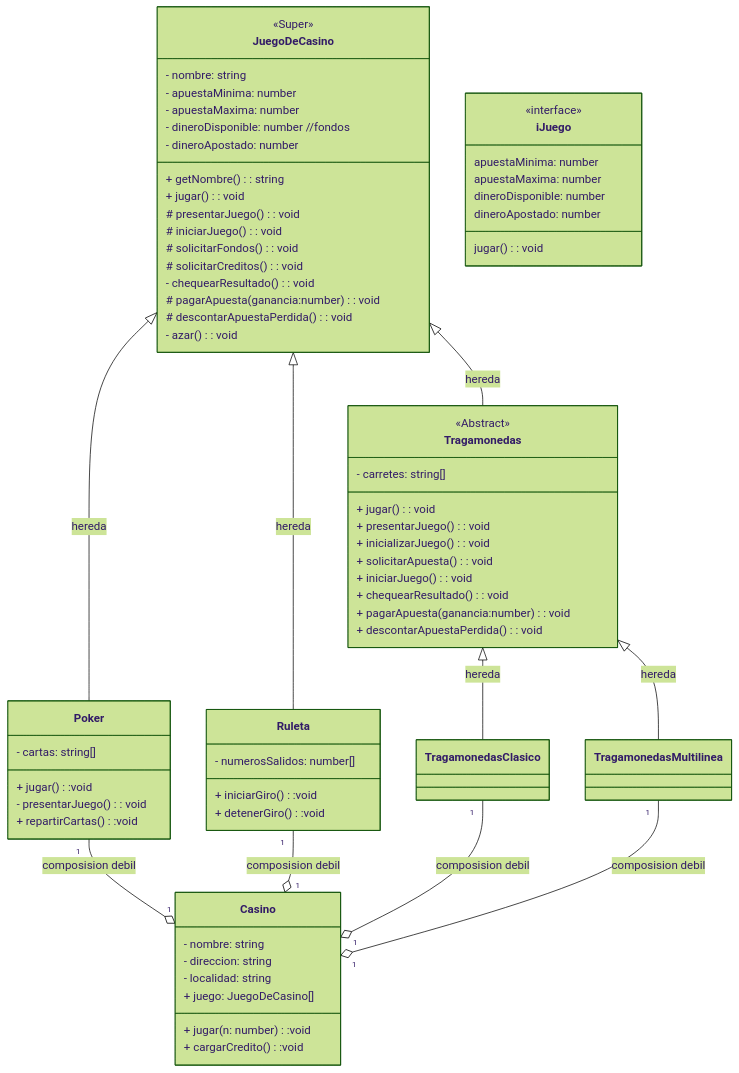
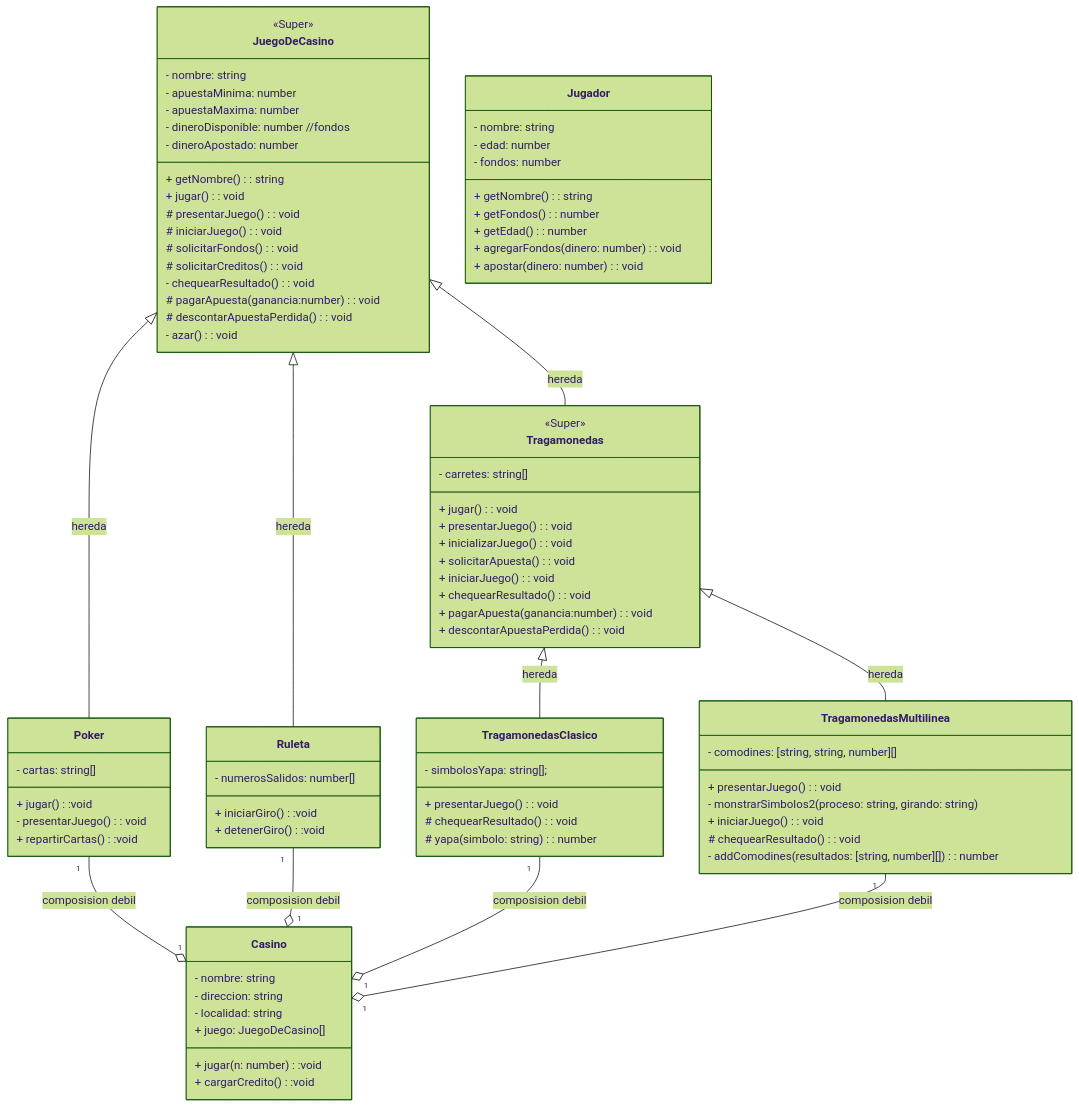
Before and after one commit to elMarito/POO-Casino: the diagram in README.md, drawn with Mermaid (forest theme). The commit also changed other lines of this file and 31 other files, not shown here.

````diff
--- a/README.md
+++ b/README.md
@@ -30,16 +30,12 @@
 
 %%Casino "0..n" o-- "1" JuegoDeCasino
 
-%% Casino "n" o-- "1" iJuego : composision debil
-%%iJuego "1" --o "n" Casino: composision debil
-%% JuegoDeCasino <|-- BlackJack : herencia
+%% JuegoDeCasino <|-- Poker: herencia
 %% JuegoDeCasino <|-- Ruleta: herencia
 Poker "1" --o "1" Casino: composision debil
 Ruleta "1" --o "1" Casino: composision debil
 TragamonedasClasico "1" --o "1" Casino: composision debil
 TragamonedasMultilinea "1" --o "1" Casino: composision debil
-
-%%iJuego <|-- JuegoDeCasino : implements
 
 JuegoDeCasino<|-- Tragamonedas : hereda
 JuegoDeCasino<|-- Poker : hereda
@@ -47,7 +43,7 @@
 
 Tragamonedas <|-- TragamonedasClasico : hereda
 Tragamonedas <|-- TragamonedasMultilinea : hereda
-
+%%--------------------------------------------
 class Casino {
     - nombre: string
     - direccion: string
@@ -58,15 +54,7 @@
     + cargarCredito():void
 }
 
-class iJuego {
-<<interface>> 
-    apuestaMinima: number
-    apuestaMaxima: number
-    dineroDisponible: number
-    dineroApostado: number
 
-    jugar(): void
-}
     %% presentarJuego(): void
     %% inicializarJuego(): void
     %% solicitarApuesta(): void
@@ -76,11 +64,9 @@
     %% descontarApuestaPerdida(): void
     %% azar(): void
 
-
-%% class Tragamonedas["Abstract Tragamonedas"]
-%%<<Super>> Tragamonedas
+%%--------------------------------------------
 class Tragamonedas {
-    <<Abstract>>
+    <<Super>>
     - carretes: string[]
 
     + jugar(): void
@@ -92,7 +78,25 @@
     + pagarApuesta(ganancia:number): void
     + descontarApuestaPerdida(): void
 }
+%%--------------------------------------------
+class TragamonedasClasico {
+  - simbolosYapa: string[];
 
+  + presentarJuego(): void 
+  # chequearResultado(): void
+  # yapa(simbolo: string): number
+}
+%%--------------------------------------------
+class TragamonedasMultilinea {
+  - comodines: [string, string, number][]
+
+  + presentarJuego(): void
+  - monstrarSimbolos2(proceso: string, girando: string)
+  + iniciarJuego(): void
+  # chequearResultado(): void
+  - addComodines(resultados: [string, number][]): number
+}
+%%--------------------------------------------
 class Poker {
     - cartas: string[]
 
@@ -100,12 +104,13 @@
     - presentarJuego(): void
     + repartirCartas():void
 }
+%%--------------------------------------------
 class Ruleta {
     - numerosSalidos: number[]
     + iniciarGiro():void
     + detenerGiro():void
 }
-
+%%--------------------------------------------
 <<Super>> JuegoDeCasino
 class JuegoDeCasino {
     - nombre: string
@@ -126,4 +131,16 @@
     # descontarApuestaPerdida(): void
     - azar(): void
 }
+%%--------------------------------------------
+class Jugador{
+    - nombre: string
+    - edad: number
+    - fondos: number
+
+    + getNombre(): string
+    + getFondos(): number
+    + getEdad(): number
+    + agregarFondos(dinero: number): void
+    + apostar(dinero: number): void
+}
 ```
````
